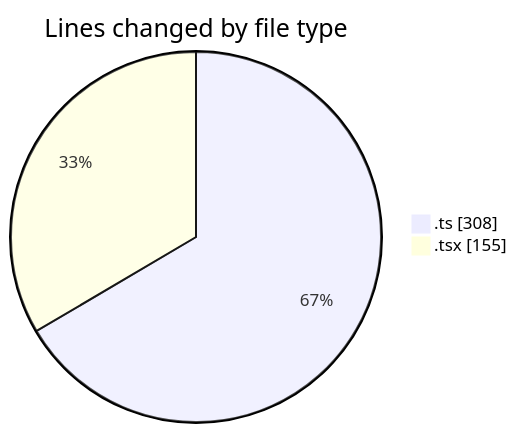
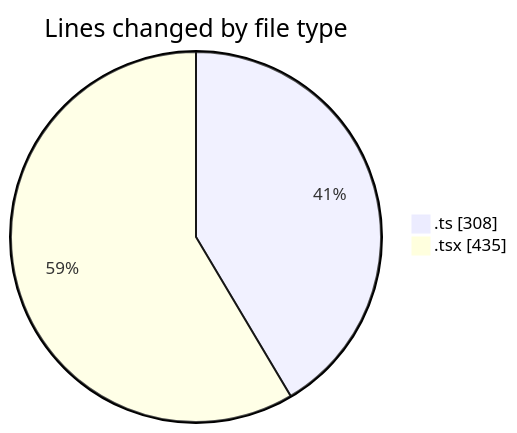
One commit to momahboobian/code-tracking changed the first of 2 diagrams in 2026-09-09/cda/README.md. Above: the diagram before and after it, drawn with Mermaid. The commit also changed other lines of this file and 1 other file, not shown here.

````diff
--- a/2026-09-09/cda/README.md
+++ b/2026-09-09/cda/README.md
@@ -25,6 +28,6 @@
 ```mermaid
 pie showData
 title Lines changed by file type
 ".ts" : 308
-".tsx" : 155
+".tsx" : 435
 ```
````
